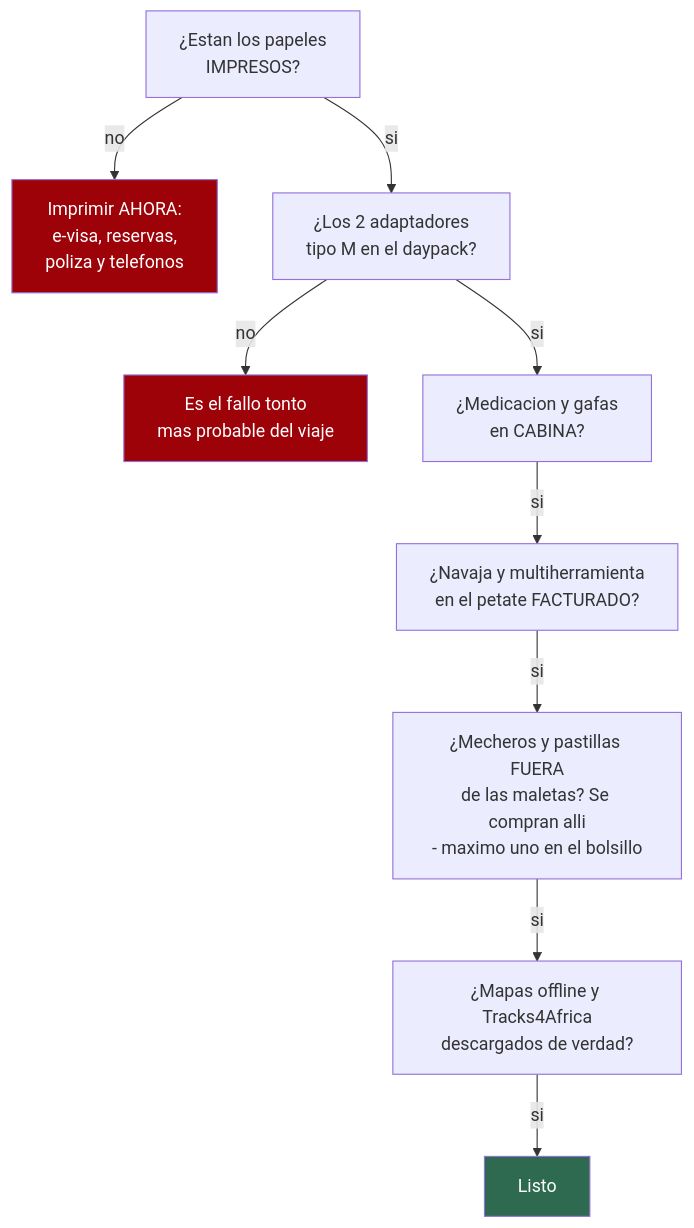
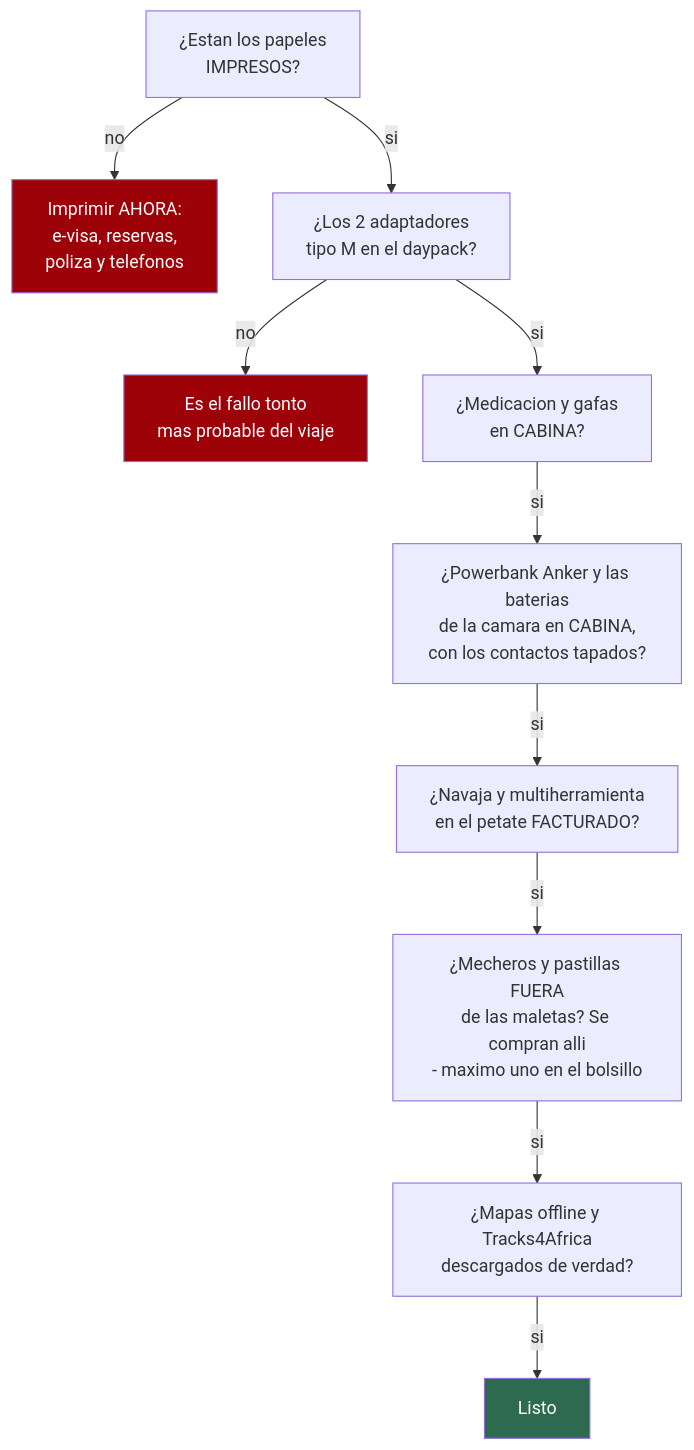
The second of 2 diagrams in 17-lista-de-equipaje.md (morandeirachema/namibia), drawn with Mermaid before and after one commit. The commit also changed other lines of this file and 29 other files, not shown here.

````diff
--- a/17-lista-de-equipaje.md
+++ b/17-lista-de-equipaje.md
@@ -515,14 +616,15 @@
 ```mermaid
 flowchart TD
     A["¿Estan los papeles<br/>IMPRESOS?"] -->|"no"| A1["Imprimir AHORA:<br/>e-visa, reservas,<br/>poliza y telefonos"]
     A -->|"si"| B["¿Los 2 adaptadores<br/>tipo M en el daypack?"]
     B -->|"no"| B1["Es el fallo tonto<br/>mas probable del viaje"]
     B -->|"si"| C["¿Medicacion y gafas<br/>en CABINA?"]
-    C -->|"si"| D["¿Navaja y multiherramienta<br/>en el petate FACTURADO?"]
+    C -->|"si"| C2["¿Powerbank Anker y las baterias<br/>de la camara en CABINA,<br/>con los contactos tapados?"]
+    C2 -->|"si"| D["¿Navaja y multiherramienta<br/>en el petate FACTURADO?"]
     D -->|"si"| D2["¿Mecheros y pastillas FUERA<br/>de las maletas? Se compran alli<br/>- maximo uno en el bolsillo"]
     D2 -->|"si"| E["¿Mapas offline y Tracks4Africa<br/>descargados de verdad?"]
     E -->|"si"| F["Listo"]
     style A1 fill:#9d0208,color:#fff
     style B1 fill:#9d0208,color:#fff
     style F fill:#2d6a4f,color:#fff
 ```
````
